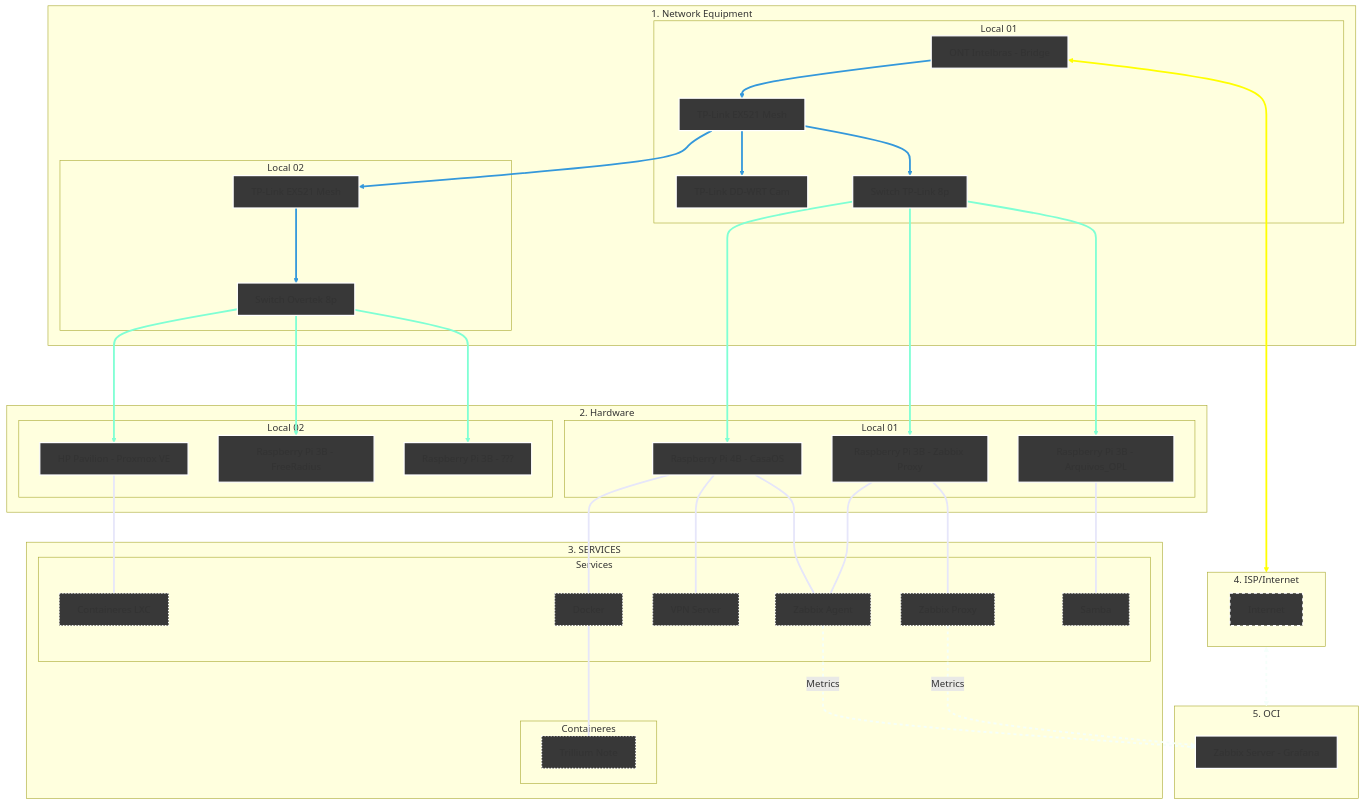
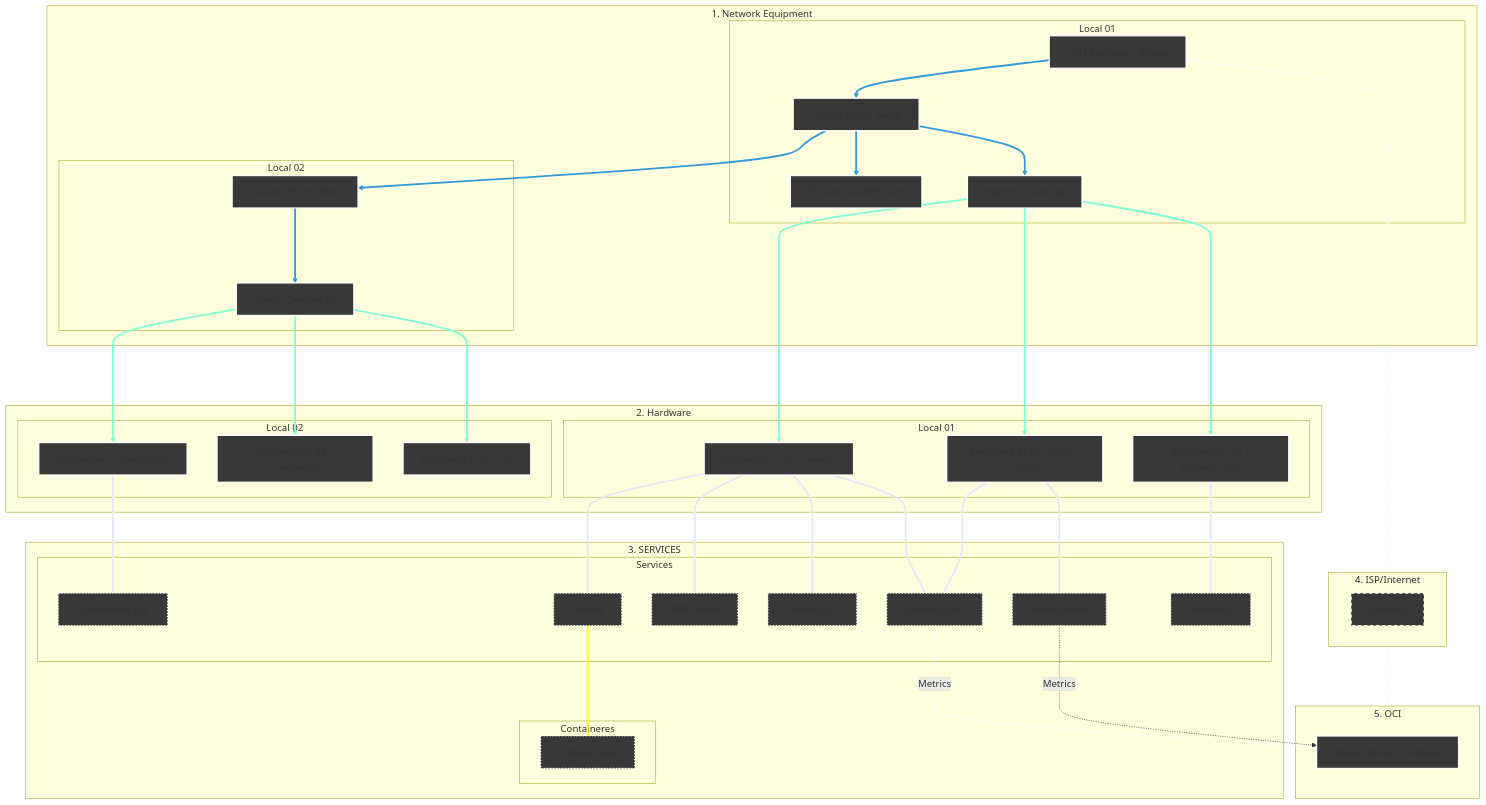
The diagram in Infrastructure/README.md (kevindexter22/Dr-Hardware-Autonet), drawn with Mermaid before and after one commit.

Commit message:
Update README to specify Samba version

````diff
--- a/Infrastructure/README.md
+++ b/Infrastructure/README.md
@@ -13,79 +13,80 @@
 ```mermaid
 graph TD
     %% Styles
     classDef network fill:#383838,stroke:#FFFFFF,stroke-width:2px;
     classDef hardware fill:#383838,stroke:#FFFFFF,stroke-width:2px;
     classDef internet fill:#383838,stroke:#FFFFFF,stroke-width:2px,stroke-dasharray: 5 5;
     classDef services fill:#383838,stroke:#FFFFFF,stroke-width:2px, stroke-dasharray: 2 3;
     classDef oci fill:#383838,stroke:#FFFFFF,stroke-width:2px;
 
     %% 1. NETWORK EQUIPMENT
     subgraph Principal["1. Network Equipment"]
     subgraph S1 [Local 01]
         ONT[ONT Intelbras - Bridge]:::network --> R_Mesh1[TP-Link EX521 Mesh]:::network
         R_Mesh1 --> R_Cams[TP-Link DD-WRT Cam]:::network 
         R_Mesh1 --> SW1[Switch TP-Link 8p]:::network  
     end
     subgraph S2 [Local 02]
         R_Mesh1 --> R_Mesh2[TP-Link EX521 Mesh]:::network
         R_Mesh2 ---> SW2[Switch Overtek 8p]:::network
     end
     end
     
     %% 2. HARDWARE
     subgraph Principal02["2. Hardware"]
     subgraph S3 [Local 01]
         SW1 ---> RPi4B[Raspberry Pi 4B - CasaOS]:::hardware
         SW1 ---> RPi3B_2[Raspberry Pi 3B - Zabbix Proxy]:::hardware
         SW1 ---> RPi3B_1[Raspberry Pi 3B - Arquivos_OPL]:::hardware
     end
     subgraph S4 [Local 02]
         SW2 ---> HP[HP Pavilion - Proxmox VE]:::hardware
         SW2 ---> RPi3B_3[Raspberry Pi 3B - FreeRadius]:::hardware
         SW2 ---> RPi3B_4[Raspberry Pi 3B - ???]:::hardware
     end
     end
 
     %% 3. SERVICES
     subgraph Principal03["3. SERVICES"]
     subgraph S5 [Services];
         HP --- PVE[Containeres LXC]:::services
         RPi4B --- Docker[Docker]:::services     
         RPi4B --- VPN[VPN Server]:::services
+        RPi4B --- SMB2[Samba v2/3]:::services
         RPi4B --- ZA[Zabbix Agent]:::services
         RPi3B_2 --- ZP[Zabbix Proxy]:::services
         RPi3B_2 --- ZA[Zabbix Agent]:::services
-        RPi3B_1 --- SMB1[Samba]:::services
+        RPi3B_1 --- SMB1[Samba v1]:::services
     end
     subgraph S6 [Containeres];
         Docker[Docker] --- Trillium[Trillium Note]:::services
     end
     end
 
     %% 4. Internet (The Bridge)
     subgraph S7 [4. ISP/Internet]
            internet[Internet]:::internet
     end
 
     %% 5. Oracle Cloud Infrastructure
     subgraph S8 [5. OCI]
         ZS[Zabbix Server - Grafana]:::oci
     end
 
     %% Conections of data flow
     ONT <--> S7
     S7 <--> S8
     
     %% Logical conections
     ZA -.-> |Metrics| ZS
     ZP -.-> |Metrics| ZS 
 
     %% --- Set collor on conections ---
     
     linkStyle 0,1,2,3,4 stroke:#3498db,stroke-width:3px;
     linkStyle 5,6,7,8,9,10 stroke:#7FFFD4,stroke-width:3px;
     linkStyle 11,12,13,14,15,16,17,18 stroke:#E6E6FA,stroke-width:3px;
     linkStyle 19 stroke:#FFFF00,stroke-width:3px;
     linkStyle 20,21,22 stroke:#F5FFFA,stroke-width:3px,stroke-dasharray: 5 5;
 
 ```
````
